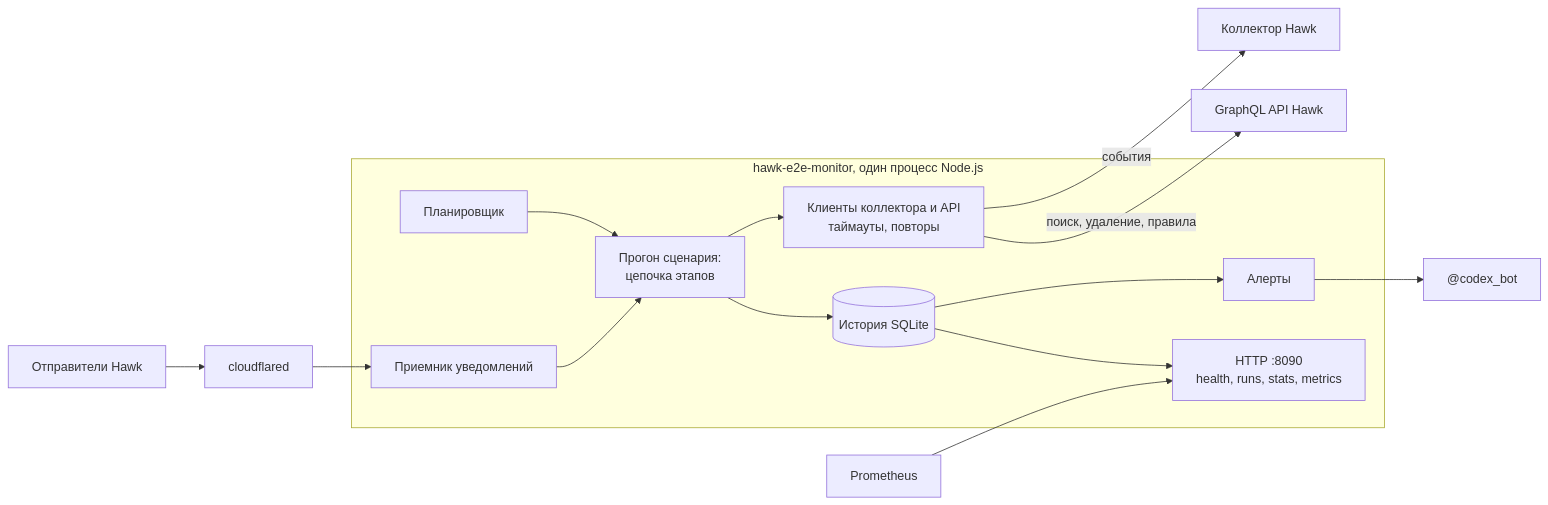
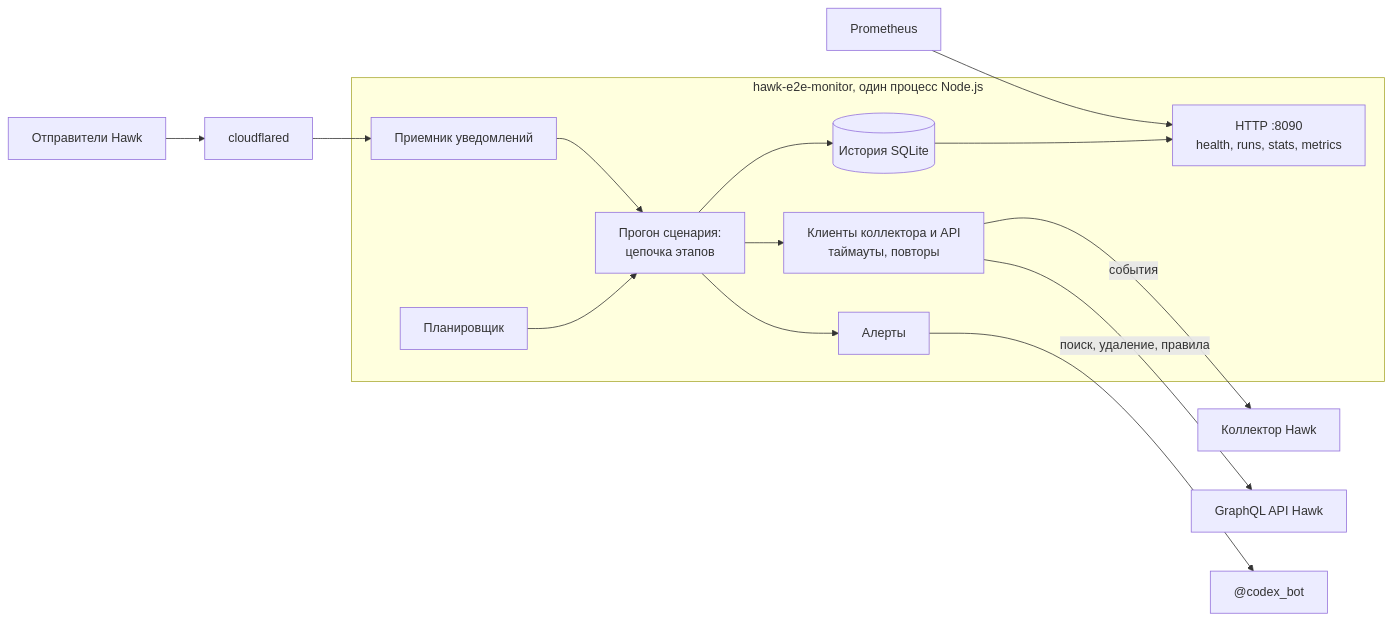
The first of 2 diagrams in README.md (wFeeL/hawk-e2e-monitor), drawn with Mermaid before and after one commit. The commit also changed other lines of this file, not shown here.

````diff
--- a/README.md
+++ b/README.md
@@ -131,16 +144,16 @@
 ```mermaid
 flowchart LR
   subgraph mon["hawk-e2e-monitor, один процесс Node.js"]
     sched["Планировщик"] --> run["Прогон сценария:<br/>цепочка этапов"]
     run --> cl["Клиенты коллектора и API<br/>таймауты, повторы"]
     recv["Приемник уведомлений"] --> run
     run --> db[("История SQLite")]
-    db --> alert["Алерты"]
+    run --> alert["Алерты"]
     db --> http["HTTP :8090<br/>health, runs, stats, metrics"]
   end
   cl -->|"события"| col["Коллектор Hawk"]
   cl -->|"поиск, удаление, правила"| api["GraphQL API Hawk"]
   snd["Отправители Hawk"] --> cf["cloudflared"] --> recv
   alert --> bot["@codex_bot"]
   prom["Prometheus"] --> http
 ```
````
